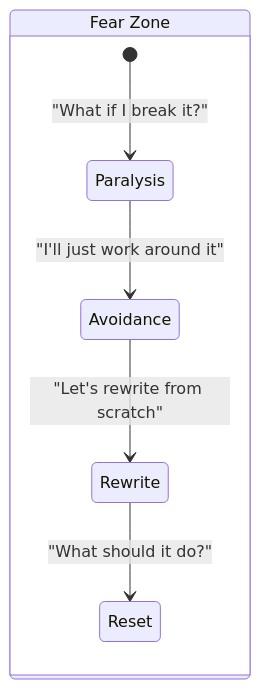
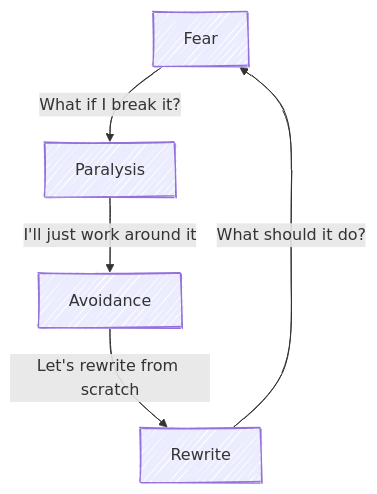
Before and after one commit to CodeYourFuture/curriculum: the first of 2 diagrams in common-content/en/module/legacy/fear/index.md, drawn with Mermaid. The commit also changed other lines of this file and 10 other files, not shown here.

````diff
--- a/common-content/en/module/legacy/fear/index.md
+++ b/common-content/en/module/legacy/fear/index.md
@@ -15,10 +15,12 @@
 ```mermaid
-stateDiagram-v2
+---
+config:
+  look: handDrawn
+---
+graph TD
+    Fear -->|What if I break it?| Paralysis
+    Paralysis -->|I'll just work around it| Avoidance
+    Avoidance -->|Let's rewrite from scratch| Rewrite
+    Rewrite -->|What should it do?| Fear
 
-    state "Fear Zone" as FZ {
-        [*] --> Paralysis: "What if I break it?"
-        Paralysis --> Avoidance: "I'll just work around it"
-        Avoidance --> Rewrite: "Let's rewrite from scratch"
-        Rewrite --> Reset: "What should it do?"
-    }
 ```
````
